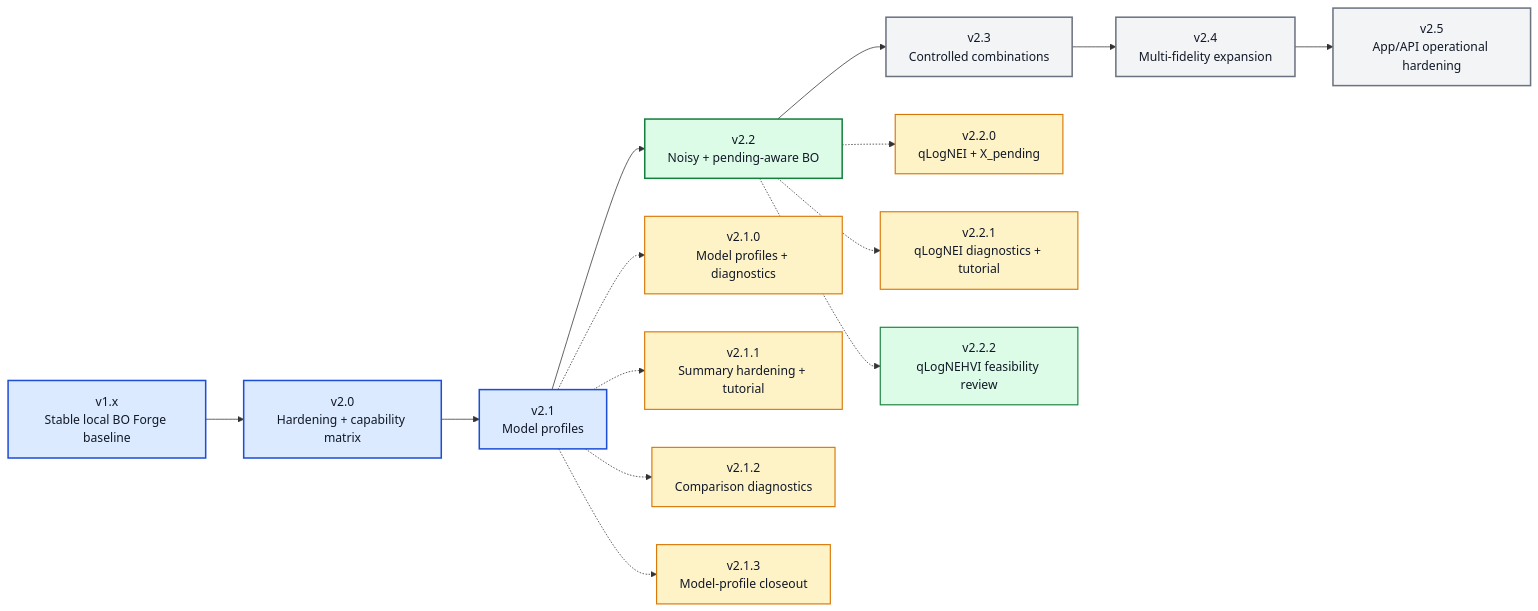
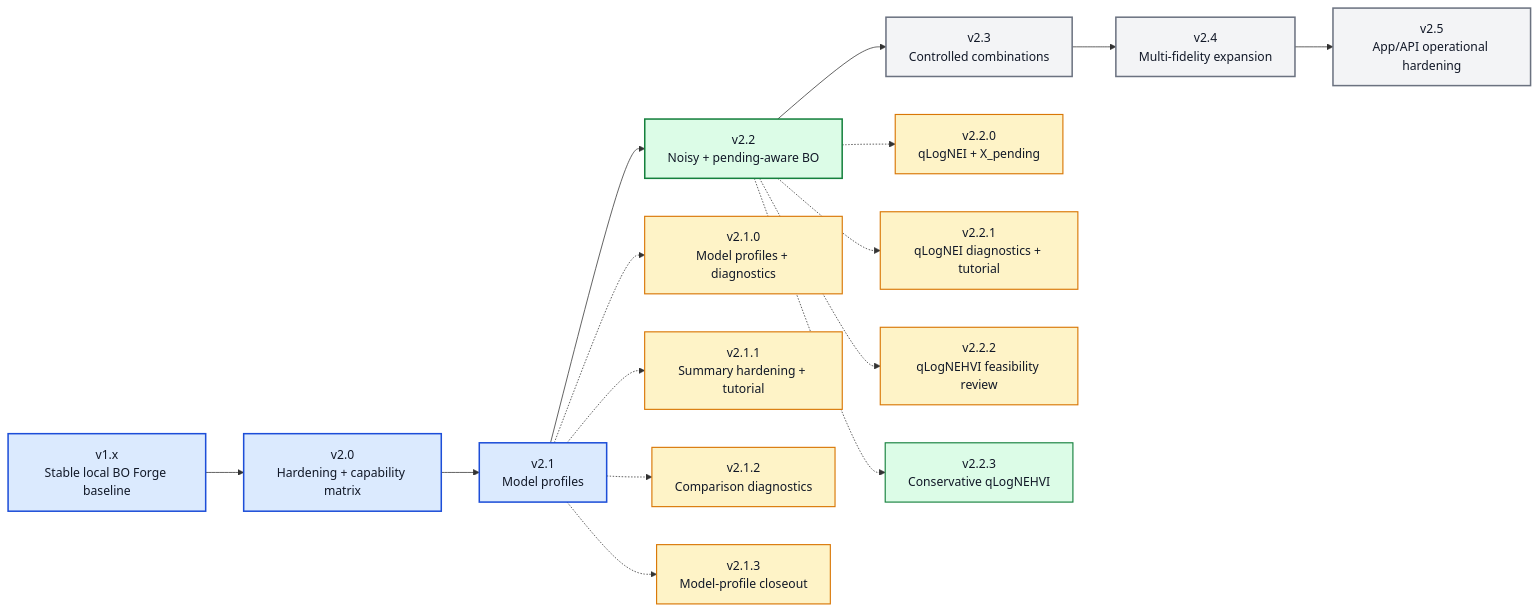
The diagram in ROADMAP_V2_X.md (angzeli/bo-forge), drawn with Mermaid before and after one commit. The commit also changed other lines of this file and 34 other files, not shown here.

Commit message:
v2.2.3 update: Add conservative qLogNEHVI

````diff
--- a/ROADMAP_V2_X.md
+++ b/ROADMAP_V2_X.md
@@ -15,33 +15,35 @@
 ```mermaid
 flowchart LR
     v10["v1.x<br/>Stable local BO Forge baseline"] --> v20["v2.0<br/>Hardening + capability matrix"] --> v21["v2.1<br/>Model profiles"] --> v22["v2.2<br/>Noisy + pending-aware BO"] --> v23["v2.3<br/>Controlled combinations"] --> v24["v2.4<br/>Multi-fidelity expansion"] --> v25["v2.5<br/>App/API operational hardening"]
 
     v210["v2.1.0<br/>Model profiles + diagnostics"]
     v211["v2.1.1<br/>Summary hardening + tutorial"]
     v212["v2.1.2<br/>Comparison diagnostics"]
     v213["v2.1.3<br/>Model-profile closeout"]
     v220["v2.2.0<br/>qLogNEI + X_pending"]
     v221["v2.2.1<br/>qLogNEI diagnostics + tutorial"]
     v222["v2.2.2<br/>qLogNEHVI feasibility review"]
+    v223["v2.2.3<br/>Conservative qLogNEHVI"]
 
     v21 -.-> v210
     v21 -.-> v211
     v21 -.-> v212
     v21 -.-> v213
     v22 -.-> v220
     v22 -.-> v221
     v22 -.-> v222
+    v22 -.-> v223
 
     class v10,v20,v21 majorDone
     class v22 majorActive
     class v23,v24,v25 majorFuture
     class v210,v211,v212,v213 patchDone
-    class v220,v221 patchDone
-    class v222 patchActive
+    class v220,v221,v222 patchDone
+    class v223 patchActive
 
     classDef majorDone fill:#dbeafe,stroke:#1d4ed8,stroke-width:2px,color:#111827;
     classDef majorActive fill:#dcfce7,stroke:#15803d,stroke-width:2px,color:#111827;
     classDef majorFuture fill:#f3f4f6,stroke:#6b7280,stroke-width:2px,color:#111827;
     classDef patchDone fill:#fef3c7,stroke:#d97706,stroke-width:1.5px,color:#111827;
     classDef patchActive fill:#dcfce7,stroke:#15803d,stroke-width:1.5px,color:#111827;
 ```
````
